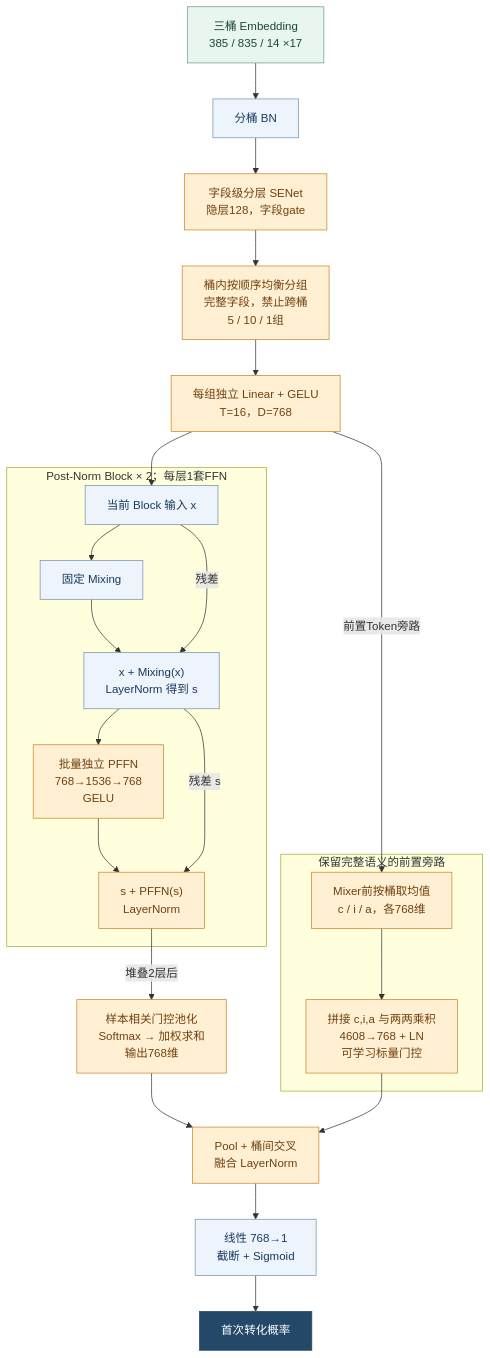
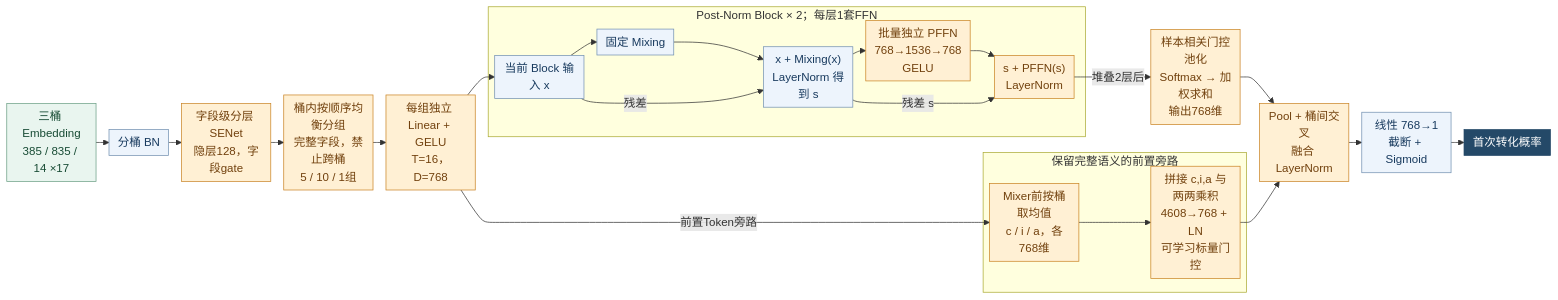
Before and after one commit to Bolt00Y/RAS: the fifth of 34 diagrams in introduce/RankMixer_阶段算法技术工作汇报_完整版_2026-09-09.md, drawn with Mermaid. The commit also changed other lines of this file, not shown here.

````diff
--- a/introduce/RankMixer_阶段算法技术工作汇报_完整版_2026-09-09.md
+++ b/introduce/RankMixer_阶段算法技术工作汇报_完整版_2026-09-09.md
@@ -468,49 +472,50 @@
 ```mermaid
-flowchart TD
+%%{init: {"look": "classic", "flowchart": {"nodeSpacing": 18, "rankSpacing": 18, "padding": 6, "wrappingWidth": 100}}}%%
+flowchart LR
     subgraph SG_block["Post-Norm Block × 2；每层1套FFN"]
         N_bin["当前 Block 输入 x"]
         N_mix["固定 Mixing"]
         N_ln1["x + Mixing(x)<br/>LayerNorm 得到 s"]
         N_ffn["批量独立 PFFN<br/>768→1536→768<br/>GELU"]
         N_ln2["s + PFFN(s)<br/>LayerNorm"]
     end
     subgraph SG_crossbranch["保留完整语义的前置旁路"]
         N_means["Mixer前按桶取均值<br/>c / i / a，各768维"]
         N_cross["拼接 c,i,a 与两两乘积<br/>4608→768 + LN<br/>可学习标量门控"]
     end
     N_input["三桶 Embedding<br/>385 / 835 / 14 ×17"]
     N_bn["分桶 BN"]
     N_senet["字段级分层 SENet<br/>隐层128，字段gate"]
     N_group["桶内按顺序均衡分组<br/>完整字段，禁止跨桶<br/>5 / 10 / 1组"]
     N_proj["每组独立 Linear + GELU<br/>T=16，D=768"]
     N_pool["样本相关门控池化<br/>Softmax → 加权求和<br/>输出768维"]
     N_fusion["Pool + 桶间交叉<br/>融合 LayerNorm"]
     N_head["线性 768→1<br/>截断 + Sigmoid"]
     N_out["首次转化概率"]
     N_input --> N_bn
     N_bn --> N_senet
     N_senet --> N_group
     N_group --> N_proj
     N_proj --> N_bin
     N_bin --> N_mix
     N_mix --> N_ln1
     N_bin -->|"残差"| N_ln1
     N_ln1 --> N_ffn
     N_ffn --> N_ln2
     N_ln1 -->|"残差 s"| N_ln2
     N_ln2 -->|"堆叠2层后"| N_pool
     N_proj -->|"前置Token旁路"| N_means
     N_means --> N_cross
     N_pool --> N_fusion
     N_cross --> N_fusion
     N_fusion --> N_head
     N_head --> N_out
     classDef input fill:#e9f5ef,stroke:#6a9e84,color:#174b34;
     class N_input input;
     classDef unchanged fill:#edf4fc,stroke:#7290b1,color:#183a5e;
     class N_bn,N_bin,N_mix,N_ln1,N_head unchanged;
     classDef changed fill:#fff0d4,stroke:#ca8425,color:#71400d;
     class N_senet,N_group,N_proj,N_ffn,N_ln2,N_pool,N_means,N_cross,N_fusion changed;
     classDef output fill:#244968,stroke:#244968,color:#ffffff;
     class N_out output;
 ```
````
